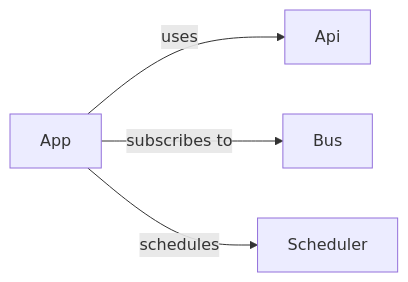
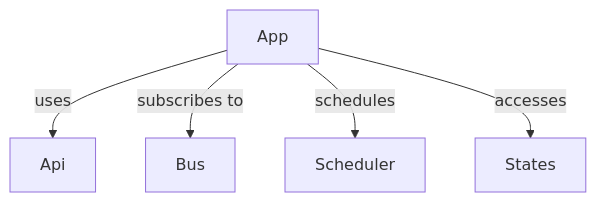
Before and after one commit to NodeJSmith/hassette: the diagram in docs/pages/core-concepts/apps/index.md, drawn with Mermaid. The commit also changed other lines of this file and 270 other files, not shown here.

````diff
--- a/docs/pages/core-concepts/apps/index.md
+++ b/docs/pages/core-concepts/apps/index.md
@@ -12,6 +9,7 @@
 ```mermaid
-graph LR
+graph TB
     A[App] -->|uses| Api
     A -->|subscribes to| Bus
     A -->|schedules| Scheduler
+    A -->|accesses| States
 ```
````
